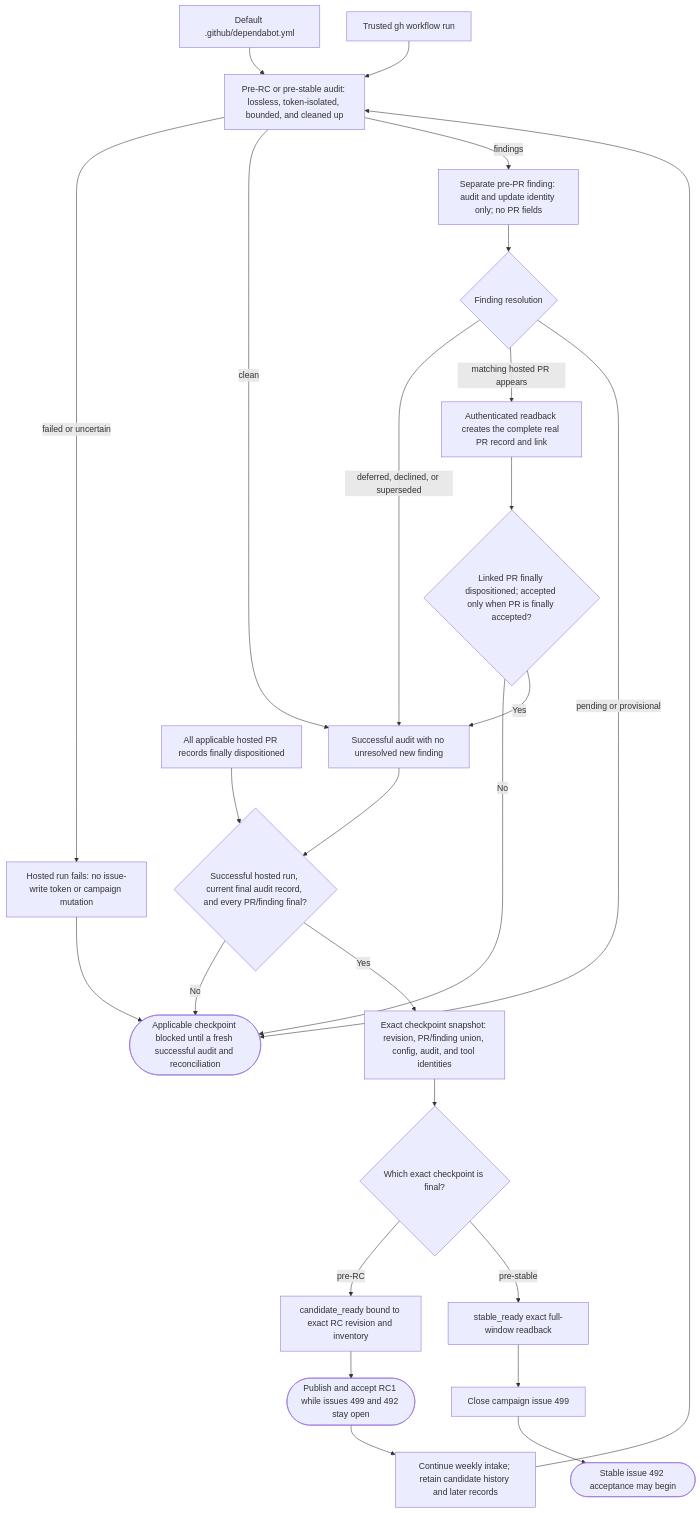
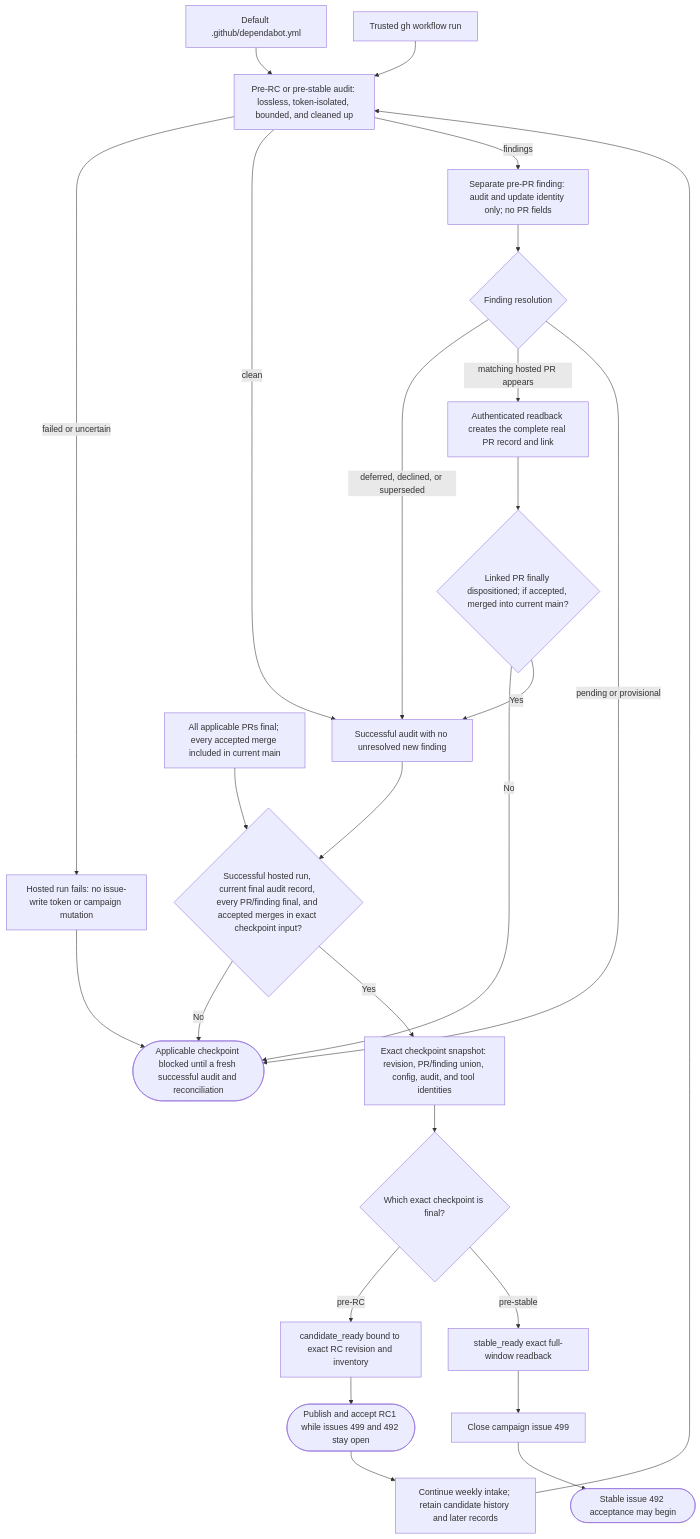
Diagram 29 of 31 in docs/v050-release-architecture.md (styler-ai/ProjectAtlas), drawn with Mermaid before and after one commit. The commit also changed other lines of this file and 9 other files, not shown here.

````diff
--- a/docs/v050-release-architecture.md
+++ b/docs/v050-release-architecture.md
@@ -473,28 +479,28 @@
 ```mermaid
 flowchart TB
     Config[Default .github/dependabot.yml] --> Audit["Pre-RC or pre-stable audit: lossless, token-isolated, bounded, and cleaned up"]
     Dispatch[Trusted gh workflow run] --> Audit
     Audit -- failed or uncertain --> HostedFailure["Hosted run fails: no issue-write token or campaign mutation"]
     HostedFailure --> Block([Applicable checkpoint blocked until a fresh successful audit and reconciliation])
     Audit -- clean --> AuditFinal[Successful audit with no unresolved new finding]
     Audit -- findings --> Finding["Separate pre-PR finding: audit and update identity only; no PR fields"]
     Finding --> Resolution{"Finding resolution"}
     Resolution -- deferred, declined, or superseded --> AuditFinal
     Resolution -- matching hosted PR appears --> Readback["Authenticated readback creates the complete real PR record and link"]
-    Readback --> PRFinal{"Linked PR finally dispositioned; accepted only when PR is finally accepted?"}
+    Readback --> PRFinal{"Linked PR finally dispositioned; if accepted, merged into current main?"}
     PRFinal -- No --> Block
     PRFinal -- Yes --> AuditFinal
     Resolution -- pending or provisional --> Block
-    AuditFinal --> Gate{"Successful hosted run, current final audit record, and every PR/finding final?"}
-    PRRecords[All applicable hosted PR records finally dispositioned] --> Gate
+    AuditFinal --> Gate{"Successful hosted run, current final audit record, every PR/finding final, and accepted merges in exact checkpoint input?"}
+    PRRecords[All applicable PRs final; every accepted merge included in current main] --> Gate
     Gate -- No --> Block
     Gate -- Yes --> Snapshot["Exact checkpoint snapshot: revision, PR/finding union, config, audit, and tool identities"]
     Snapshot --> Stage{"Which exact checkpoint is final?"}
     Stage -- pre-RC --> CandidateReady[candidate_ready bound to exact RC revision and inventory]
     CandidateReady --> RC1([Publish and accept RC1 while issues 499 and 492 stay open])
     RC1 --> StableWindow["Continue weekly intake; retain candidate history and later records"]
     StableWindow --> Audit
     Stage -- pre-stable --> StableReady[stable_ready exact full-window readback]
     StableReady --> Close499[Close campaign issue 499]
     Close499 --> Release([Stable issue 492 acceptance may begin])
 ```
````
